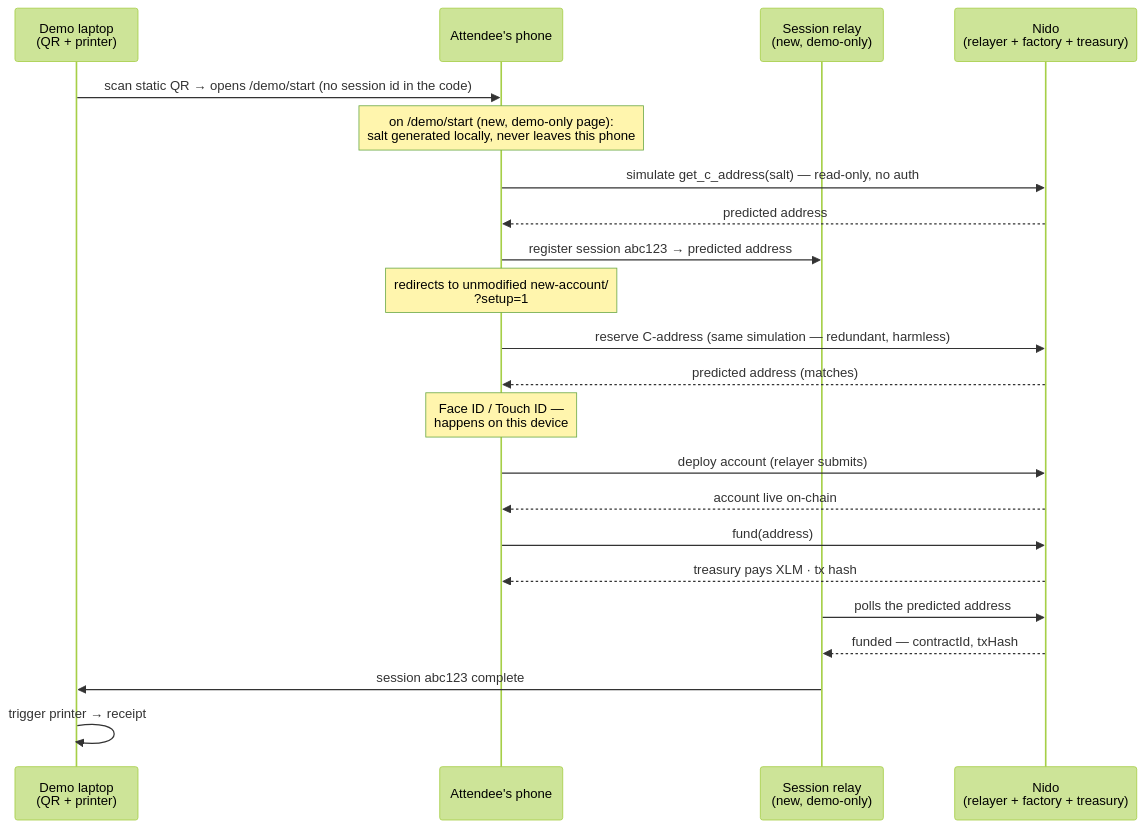
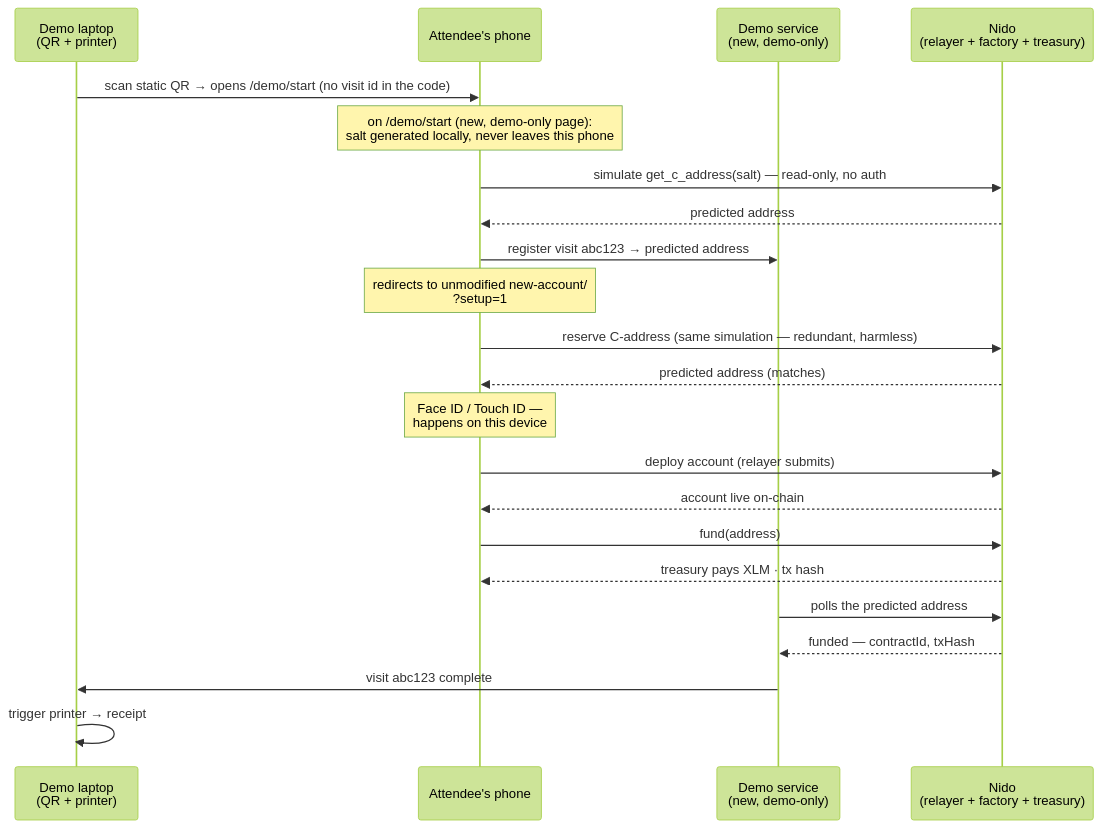
The first of 2 diagrams in docs/superpowers/specs/2026-10-12-meridian-onboarding-flow-design.md (edenbd1/nido), drawn with Mermaid (forest theme) before and after one commit. The commit also changed other lines of this file and 8 other files, not shown here.

Commit message:
First pass of demo/start page

````diff
--- a/docs/superpowers/specs/2026-10-12-meridian-onboarding-flow-design.md
+++ b/docs/superpowers/specs/2026-10-12-meridian-onboarding-flow-design.md
@@ -24,25 +24,25 @@
 ```mermaid
 sequenceDiagram
     participant D as Demo laptop<br/>(QR + printer)
     participant P as Attendee's phone
-    participant R as Session relay<br/>(new, demo-only)
+    participant R as Demo service<br/>(new, demo-only)
     participant N as Nido<br/>(relayer + factory + treasury)
 
-    D->>P: scan static QR → opens /demo/start (no session id in the code)
+    D->>P: scan static QR → opens /demo/start (no visit id in the code)
     note over P: on /demo/start (new, demo-only page):<br/>salt generated locally, never leaves this phone
     P->>N: simulate get_c_address(salt) — read-only, no auth
     N-->>P: predicted address
-    P->>R: register session abc123 → predicted address
-    note over P: redirects to unmodified new-account/<br/>?setup=1#salt=… (no session param needed)
+    P->>R: register visit abc123 → predicted address
+    note over P: redirects to unmodified new-account/<br/>?setup=1#salt=… (no visit param needed)
     P->>N: reserve C-address (same simulation — redundant, harmless)
     N-->>P: predicted address (matches)
     note over P: Face ID / Touch ID —<br/>happens on this device
     P->>N: deploy account (relayer submits)
     N-->>P: account live on-chain
     P->>N: fund(address)
     N-->>P: treasury pays XLM · tx hash
     R->>N: polls the predicted address
     N-->>R: funded — contractId, txHash
-    R->>D: session abc123 complete
+    R->>D: visit abc123 complete
     D->>D: trigger printer → receipt
 ```
````
